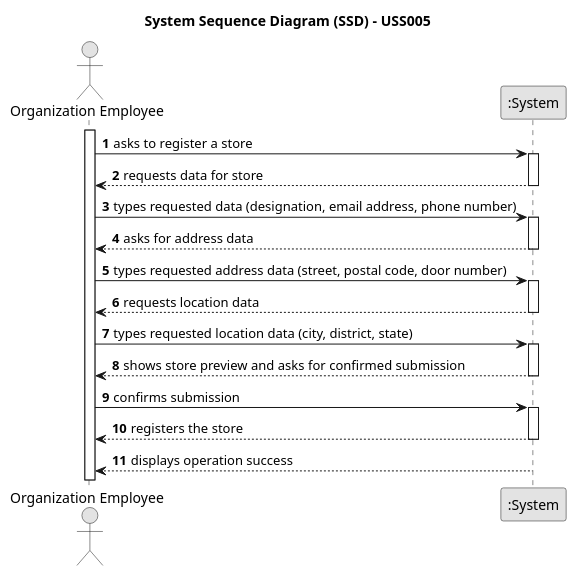
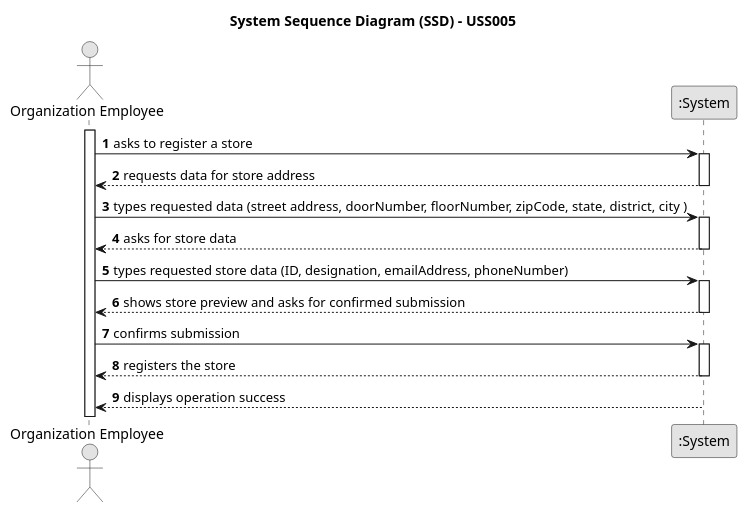
Before and after one commit to 1220812/LAPR2: the diagram in docs/sprintD/us005/01.requirements-engineering/puml/us005-system-sequence-diagram-alternative-one.svg.puml, drawn with PlantUML. The commit also changed 6 other files, not shown here.

Commit message:
US005- Fixed the mistakes in system sequence diagram, sequence diagram full and class diagram

```diff
--- a/docs/sprintD/us005/01.requirements-engineering/puml/us005-system-sequence-diagram-alternative-one.svg.puml
+++ b/docs/sprintD/us005/01.requirements-engineering/puml/us005-system-sequence-diagram-alternative-one.svg.puml
@@ -1,48 +1,42 @@
 @startuml
 skinparam monochrome true
 skinparam packageStyle rectangle
 skinparam shadowing false
 
 title System Sequence Diagram (SSD) - USS005
 
 autonumber
 
 actor "Organization Employee" as Employee
 participant ":System" as System
 
 activate Employee
 
     Employee -> System : asks to register a store
     activate System
 
-        System --> Employee : requests data for store
+        System --> Employee : requests data for store address
     deactivate System
 
-    Employee -> System : types requested data (designation, email address, phone number)
+    Employee -> System : types requested data (street address, doorNumber, floorNumber, zipCode, state, district, city )
     activate System
 
-        System --> Employee : asks for address data
+        System --> Employee : asks for store data
     deactivate System
 
-    Employee -> System: types requested address data (street, postal code, door number)
-    activate System
-
-        System --> Employee : requests location data
-    deactivate System
-
-    Employee -> System : types requested location data (city, district, state)
+    Employee -> System: types requested store data (ID, designation, emailAddress, phoneNumber)
     activate System
 
         System --> Employee : shows store preview and asks for confirmed submission
     deactivate System
 
     Employee -> System : confirms submission
     activate System
 
         System --> Employee : registers the store
     deactivate System
 
         System --> Employee : displays operation success
     deactivate System
 
 @enduml
```
